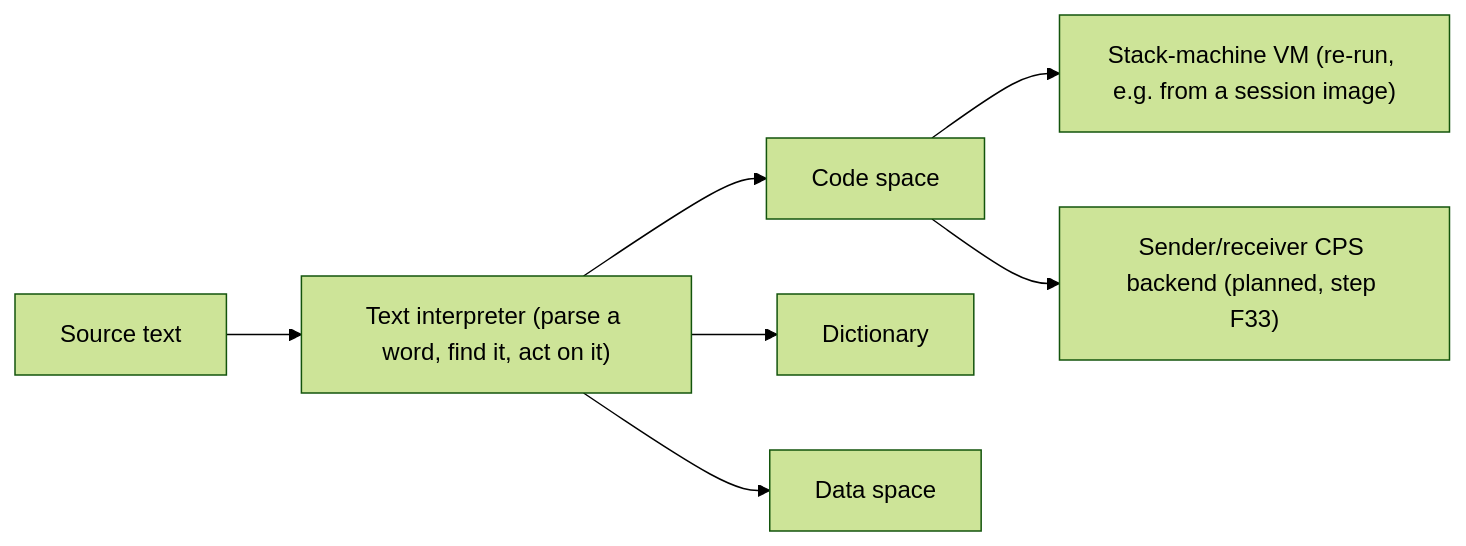
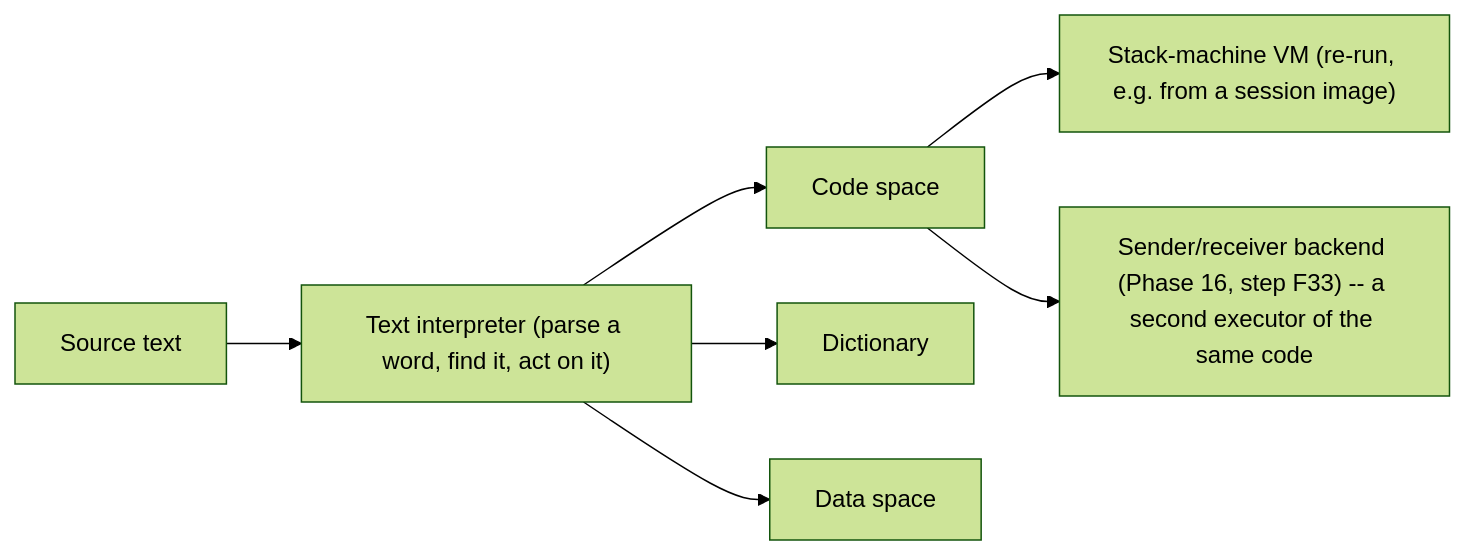
The diagram in docs/compiler_architecture.org (steve-downey/compile-time-forth), drawn with Mermaid (forest theme) before and after one commit. The commit also changed other lines of this file and 21 other files, not shown here.

```diff
--- a/docs/compiler_architecture.org
+++ b/docs/compiler_architecture.org
@@ -31,9 +31,9 @@
 #+begin_src mermaid
 flowchart LR
     A[Source text] --> B["Text interpreter (parse a word, find it, act on it)"]
     B --> C[Code space]
     B --> D[Dictionary]
     B --> E[Data space]
     C --> F["Stack-machine VM (re-run, e.g. from a session image)"]
-    C --> G["Sender/receiver CPS backend (planned, step F33)"]
+    C --> G["Sender/receiver backend (Phase 16, step F33) -- a second executor of the same code"]
 #+end_src
```
